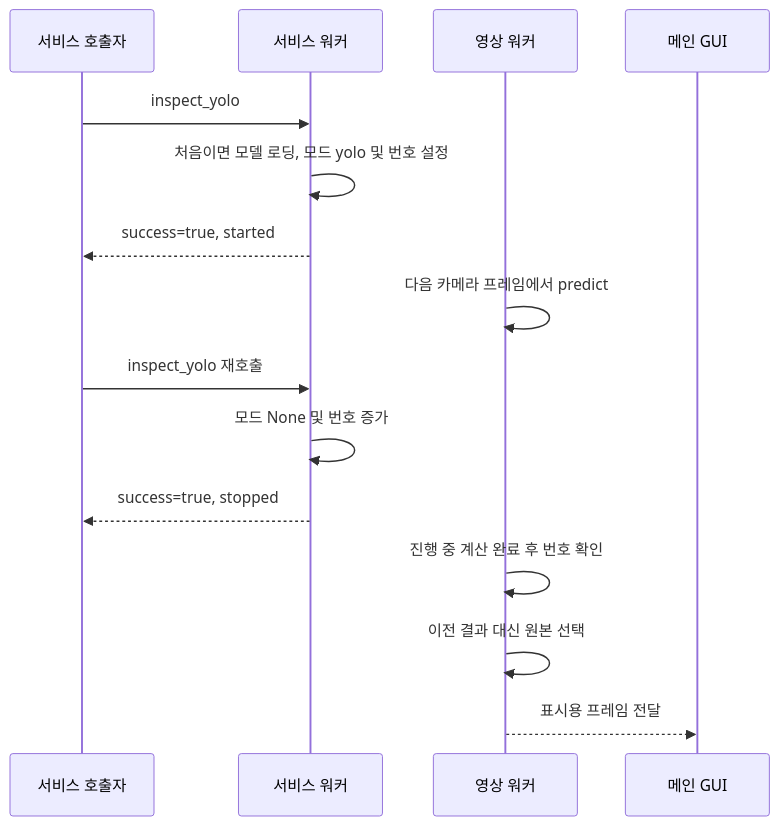
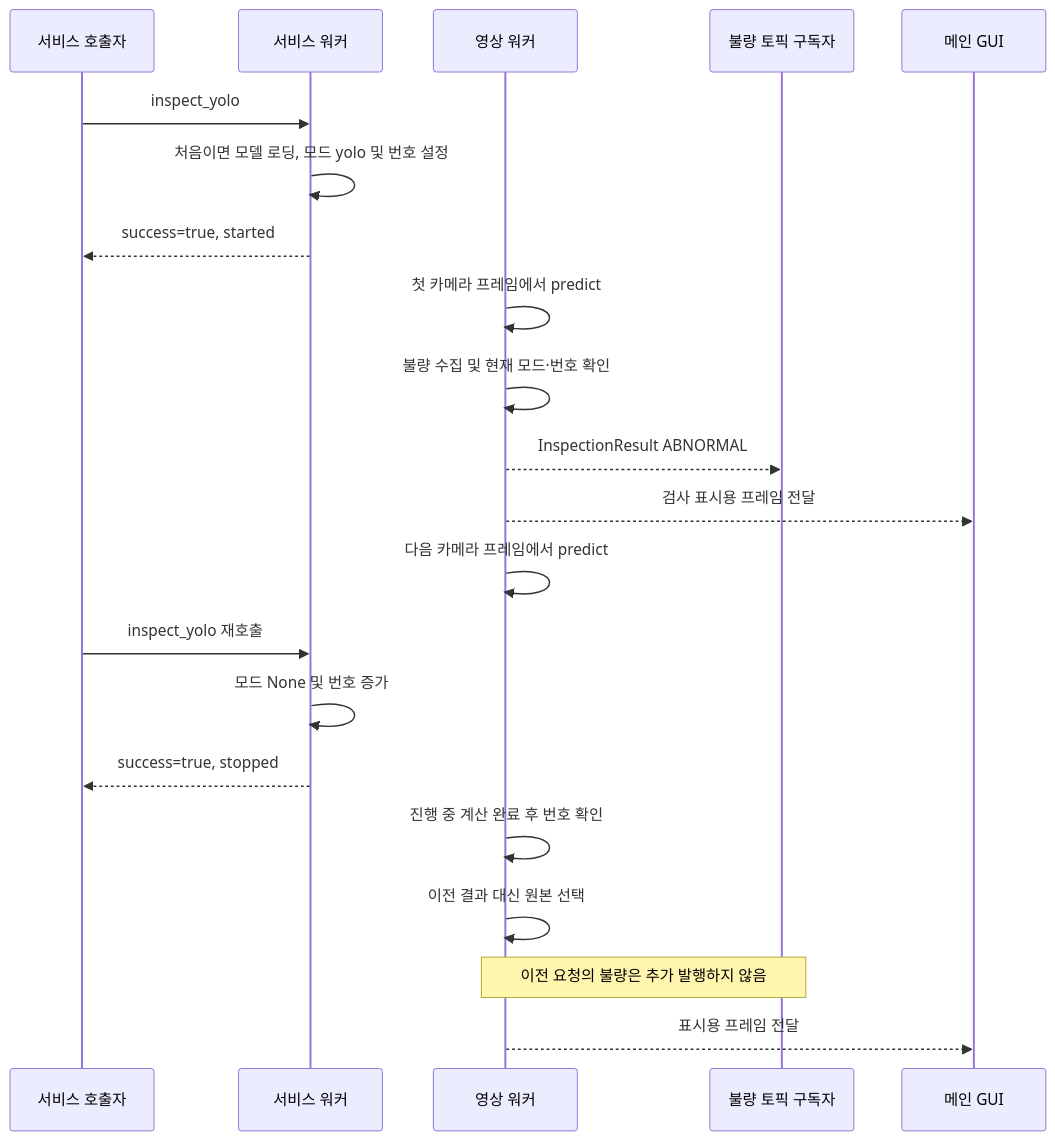
Before and after one commit to HJAE99/B_0102_Final_Project-archive: the eighth of 8 diagrams in ros2_ws/src/scv_detection/docs/architecture.md, drawn with Mermaid. The commit also changed other lines of this file and 51 other files, not shown here.

````diff
--- a/ros2_ws/src/scv_detection/docs/architecture.md
+++ b/ros2_ws/src/scv_detection/docs/architecture.md
@@ -387,17 +629,23 @@
 ```mermaid
 sequenceDiagram
     participant C as 서비스 호출자
     participant S as 서비스 워커
     participant V as 영상 워커
+    participant T as 불량 토픽 구독자
     participant G as 메인 GUI
     C->>S: inspect_yolo
     S->>S: 처음이면 모델 로딩, 모드 yolo 및 번호 설정
     S-->>C: success=true, started
+    V->>V: 첫 카메라 프레임에서 predict
+    V->>V: 불량 수집 및 현재 모드·번호 확인
+    V-->>T: InspectionResult ABNORMAL
+    V-->>G: 검사 표시용 프레임 전달
     V->>V: 다음 카메라 프레임에서 predict
     C->>S: inspect_yolo 재호출
     S->>S: 모드 None 및 번호 증가
     S-->>C: success=true, stopped
     V->>V: 진행 중 계산 완료 후 번호 확인
     V->>V: 이전 결과 대신 원본 선택
+    Note over V,T: 이전 요청의 불량은 추가 발행하지 않음
     V-->>G: 표시용 프레임 전달
 ```
````
